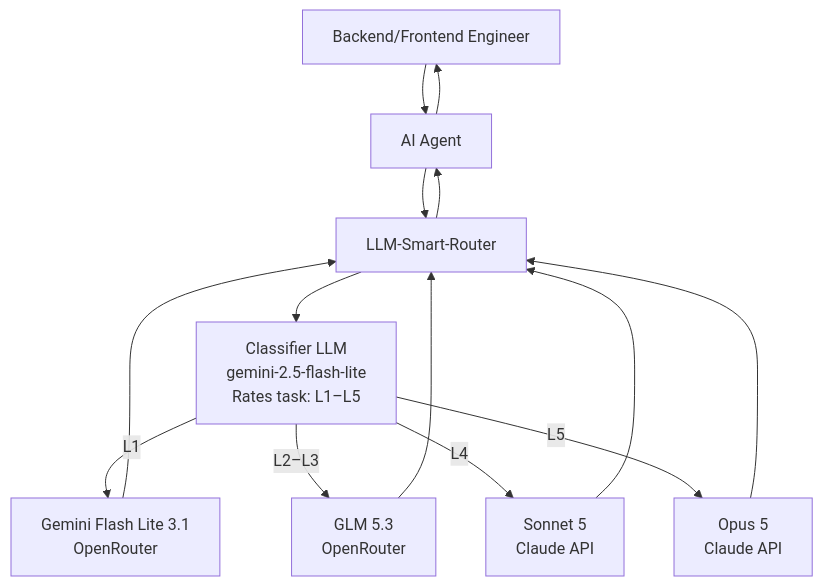
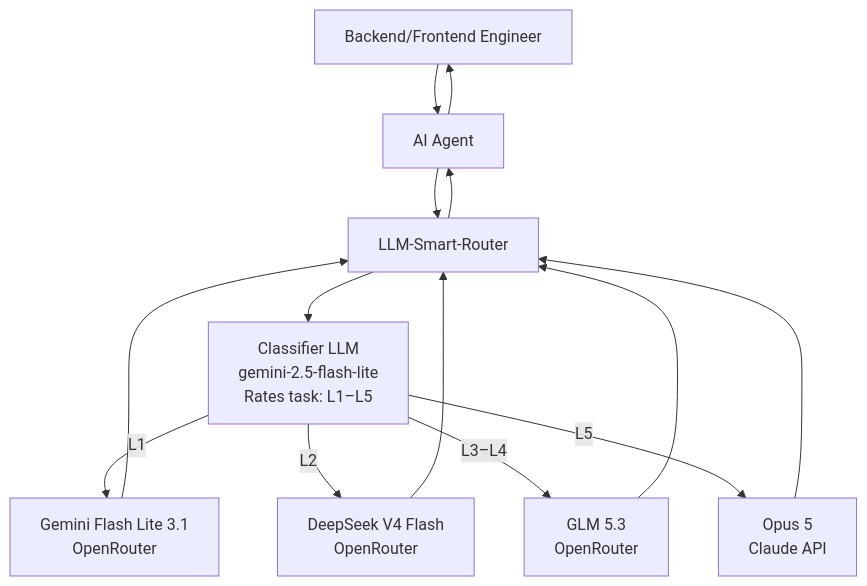
Before and after one commit to Green-Needle-Tech/llm-smart-router: the diagram in README.md, drawn with Mermaid. The commit also changed 1 other file, not shown here.

Commit message:
chore: switch L4 tier model to z-ai/glm-5.3

````diff
--- a/README.md
+++ b/README.md
@@ -42,19 +42,19 @@
 ```mermaid
 flowchart TD
     A[Backend/Frontend Engineer] --> B[AI Agent]
     B --> C[LLM-Smart-Router]
     C --> D[Classifier LLM<br/>gemini-2.5-flash-lite<br/>Rates task: L1–L5]
 
     D -->|L1| E[Gemini Flash Lite 3.1<br/>OpenRouter]
-    D -->|L2–L3| F[GLM 5.3<br/>OpenRouter]
-    D -->|L4| G[Sonnet 5<br/>Claude API]
+    D -->|L2| F[DeepSeek V4 Flash<br/>OpenRouter]
+    D -->|L3–L4| F2[GLM 5.3<br/>OpenRouter]
     D -->|L5| H[Opus 5<br/>Claude API]
 
     E --> C
     F --> C
-    G --> C
+    F2 --> C
     H --> C
 
     C --> B
     B --> A
 ```
````
